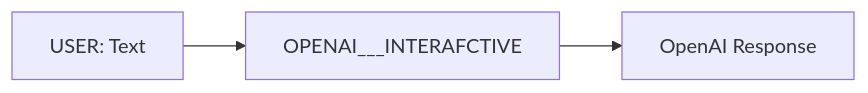
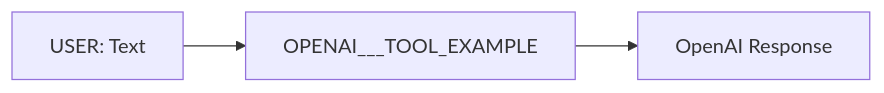
One commit to megagonlabs/blue-examples changed the diagram in demos/openai/README.md. Above: the diagram before and after it, drawn with Mermaid.

````diff
--- a/demos/openai/README.md
+++ b/demos/openai/README.md
@@ -44,4 +44,4 @@
 ```mermaid
 graph LR;
-    A[USER: Text] --> B[OPENAI___INTERAFCTIVE] --> C[OpenAI Response];
+    A[USER: Text] --> B[OPENAI___TOOL_EXAMPLE] --> C[OpenAI Response];
 ```
````
